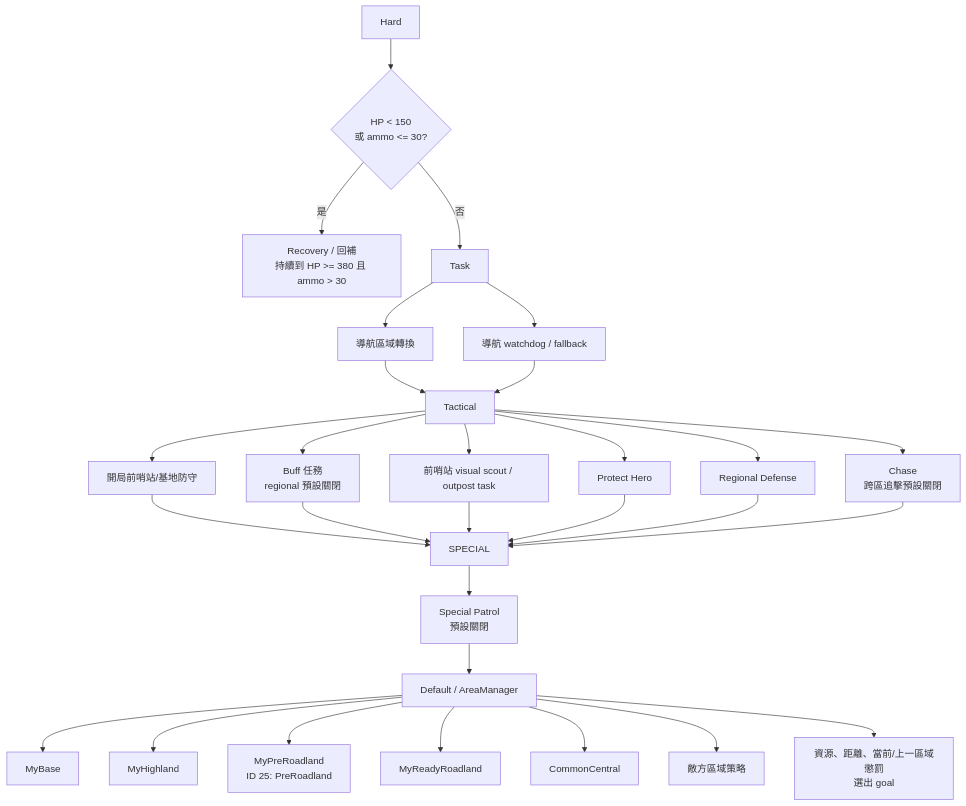
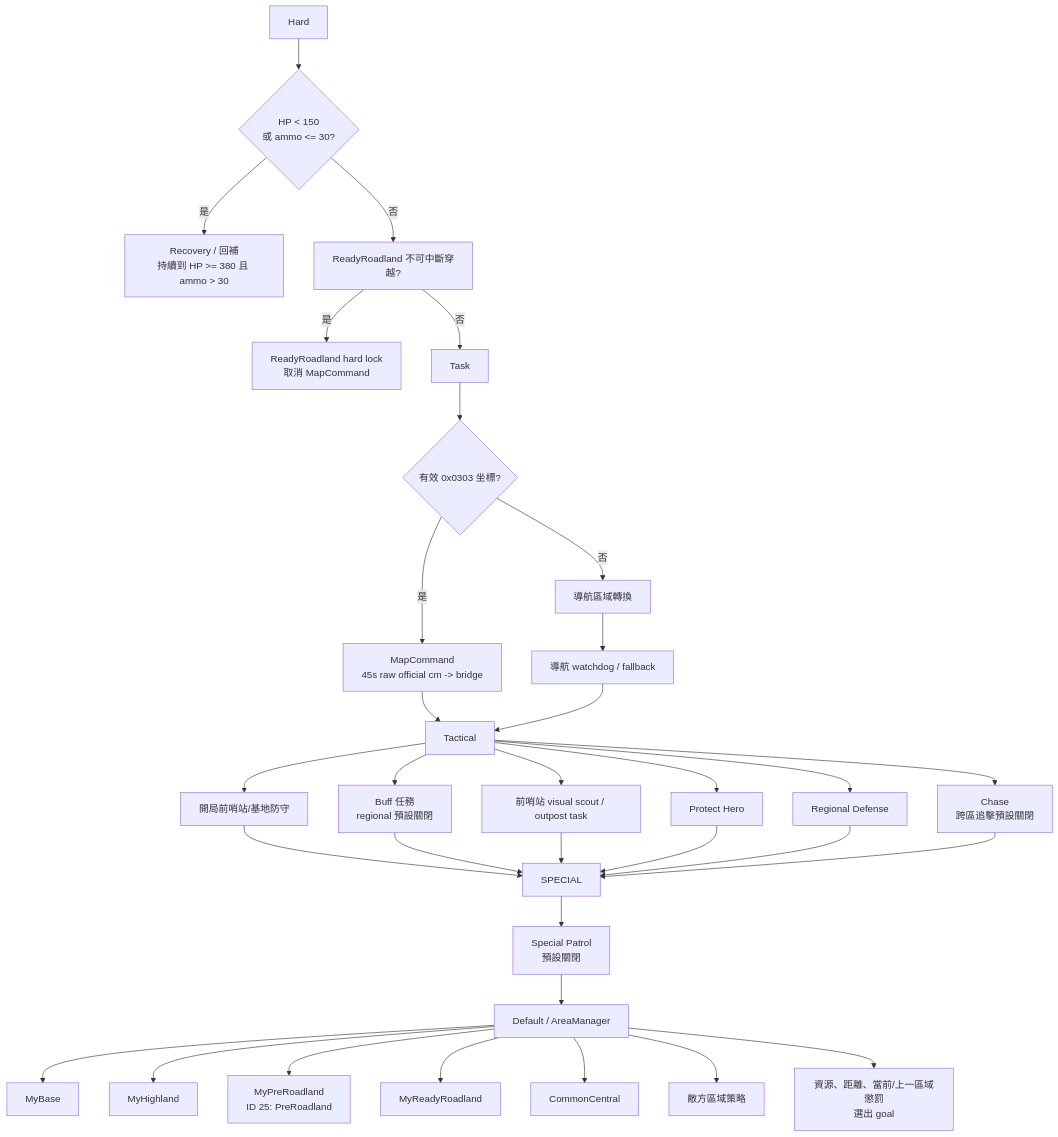
One commit to UnWanHin/ros2_ly_ws_sentary changed the second of 6 diagrams in docs/sentry/regional/2026-07-12_regional_decision_graph.md. Above: the diagram before and after it, drawn with Mermaid. The commit also changed other lines of this file and 14 other files, not shown here.

````diff
--- a/docs/sentry/regional/2026-07-12_regional_decision_graph.md
+++ b/docs/sentry/regional/2026-07-12_regional_decision_graph.md
@@ -32,36 +32,40 @@
 ```mermaid
 flowchart TD
   HARD[Hard] --> RECOVERY{HP < 150\n或 ammo <= 30?}
   RECOVERY -->|是| HOME[Recovery / 回補\n持續到 HP >= 380 且 ammo > 30]
-  RECOVERY -->|否| TASK[Task]
+  RECOVERY -->|否| READY_LOCK[ReadyRoadland 不可中斷穿越?]
+  READY_LOCK -->|是| READY[ReadyRoadland hard lock\n取消 MapCommand]
+  READY_LOCK -->|否| TASK[Task]
 
-  TASK --> AREA_TRANSITION[導航區域轉換]
-  TASK --> NAV_WATCHDOG[導航 watchdog / fallback]
-  AREA_TRANSITION --> TACTICAL
+  TASK --> MAP_CMD{有效 0x0303 坐標?}
+  MAP_CMD -->|是| MAP_GOAL[MapCommand\n45s raw official cm -> bridge]
+  MAP_CMD -->|否| AREA_TRANSITION[導航區域轉換]
+  AREA_TRANSITION --> NAV_WATCHDOG[導航 watchdog / fallback]
+  MAP_GOAL --> TACTICAL
   NAV_WATCHDOG --> TACTICAL
 
   TACTICAL[Tactical] --> OPENING[開局前哨站/基地防守]
   TACTICAL --> BUFF[Buff 任務\nregional 預設關閉]
   TACTICAL --> OUTPOST[前哨站 visual scout / outpost task]
   TACTICAL --> HERO[Protect Hero]
   TACTICAL --> REG_DEF[Regional Defense]
   TACTICAL --> CHASE[Chase\n跨區追擊預設關閉]
 
   OPENING --> SPECIAL
   BUFF --> SPECIAL
   OUTPOST --> SPECIAL
   HERO --> SPECIAL
   REG_DEF --> SPECIAL
   CHASE --> SPECIAL
 
   SPECIAL --> PATROL[Special Patrol\n預設關閉]
   PATROL --> DEFAULT
 
   DEFAULT[Default / AreaManager] --> MY_BASE[MyBase]
   DEFAULT --> MY_HIGH[MyHighland]
   DEFAULT --> MY_PRE[MyPreRoadland\nID 25: PreRoadland]
   DEFAULT --> MY_ROAD[MyReadyRoadland]
   DEFAULT --> CENTRAL[CommonCentral]
   DEFAULT --> ENEMY_AREA[敵方區域策略]
   DEFAULT --> SCORE[資源、距離、當前/上一區域懲罰\n選出 goal]
 ```
````
